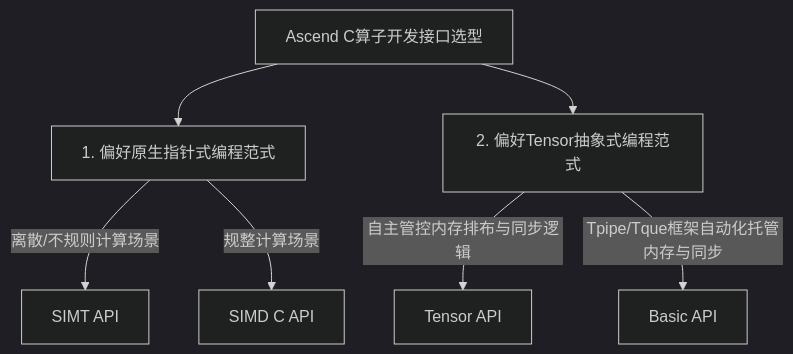
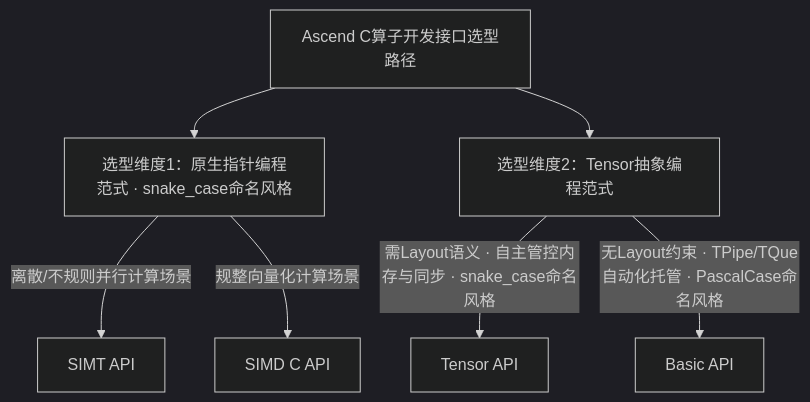
One commit to qingshangyan12/asc-devkit_clone changed the diagram in docs/zh/asc_how_to_choose_api.md. Above: the diagram before and after it, drawn with Mermaid (dark theme). The commit also changed other lines of this file, not shown here.

````diff
--- a/docs/zh/asc_how_to_choose_api.md
+++ b/docs/zh/asc_how_to_choose_api.md
@@ -40,9 +40,9 @@
 ```mermaid
 graph TD
-    A[Ascend C算子开发接口选型] --> B[1. 偏好原生指针式编程范式]
-    A --> C[2. 偏好Tensor抽象式编程范式]
-    B -->|离散/不规则计算场景| E[SIMT API]
-    B -->|规整计算场景| F[SIMD C API]
-    C -->|自主管控内存排布与同步逻辑| G[Tensor API]
-    C -->|Tpipe/Tque框架自动化托管内存与同步| H[Basic API]
+    A[Ascend C算子开发接口选型路径] --> B[选型维度1：原生指针编程范式 · snake_case命名风格]
+    A --> C[选型维度2：Tensor抽象编程范式]
+    B -->|离散/不规则并行计算场景| D[SIMT API]
+    B -->|规整向量化计算场景| E[SIMD C API]
+    C -->|需Layout语义 · 自主管控内存与同步 · snake_case命名风格| F[Tensor API]
+    C -->|无Layout约束 · TPipe/TQue自动化托管 · PascalCase命名风格| G[Basic API]
 ```
````
